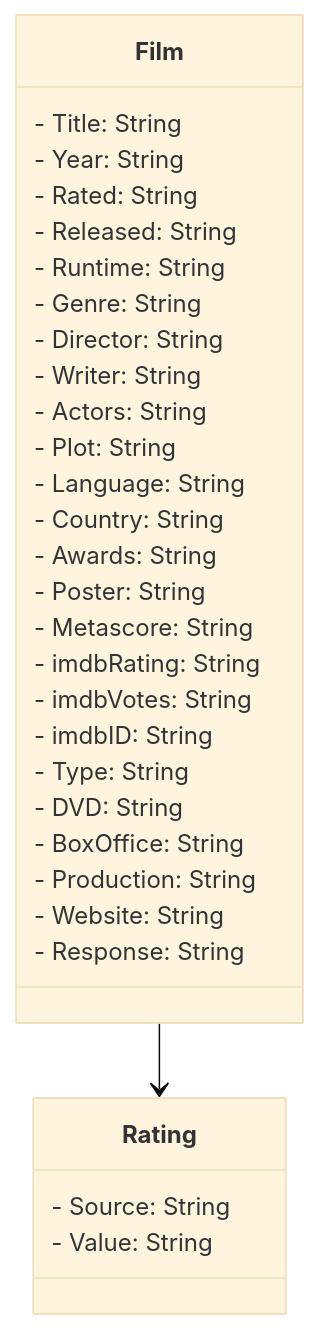
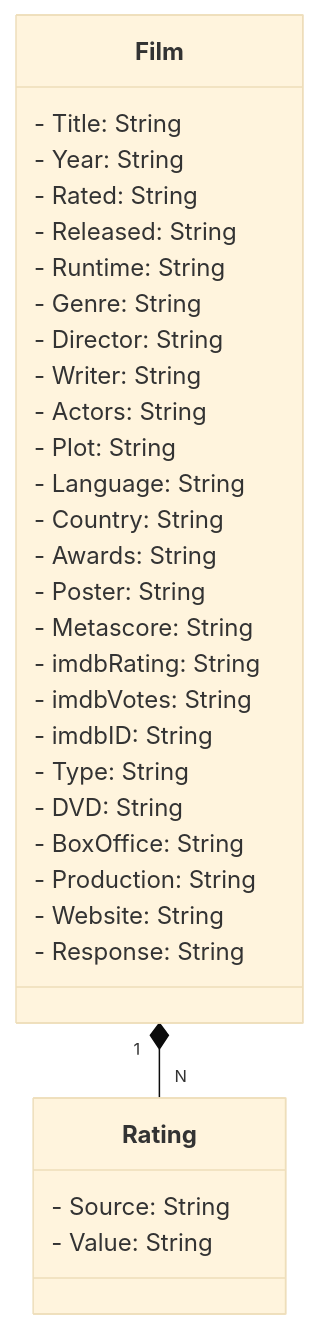
Before and after one commit to Xounder/padroes-projeto-spring: the diagram in README.md, drawn with Mermaid (base theme).

````diff
--- a/README.md
+++ b/README.md
@@ -13,36 +13,36 @@
 ``` mermaid
 classDiagram
   class Film {
     - Title: String
     - Year: String
     - Rated: String
     - Released: String
     - Runtime: String
     - Genre: String
     - Director: String
     - Writer: String
     - Actors: String
     - Plot: String
     - Language: String
     - Country: String
     - Awards: String
     - Poster: String
     - Metascore: String
     - imdbRating: String
     - imdbVotes: String
     - imdbID: String
     - Type: String
     - DVD: String
     - BoxOffice: String
     - Production: String
     - Website: String
     - Response: String
   }
   
   class Rating {
     - Source: String
     - Value: String
   }
 
-  Film --> Rating
+  Film "1" *-- "N" Rating
 ```
````
